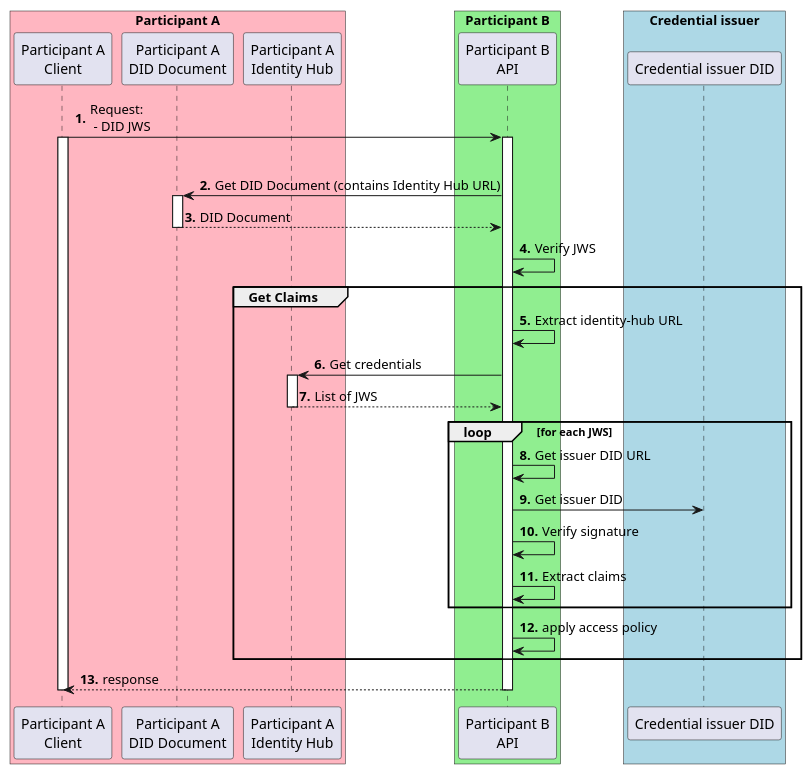
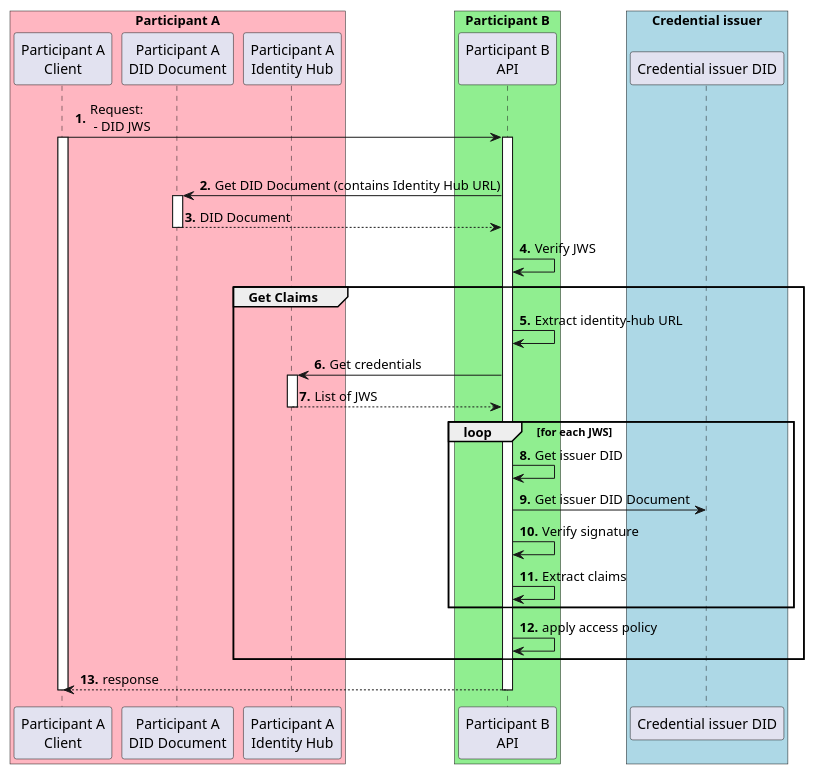
Before and after one commit to agera-edc/IdentityHub: the diagram in docs/developer/decision-records/2022-07-01-get-claims/apply-policies-flow.puml, drawn with PlantUML. The commit also changed 1 other file, not shown here.

```diff
--- a/docs/developer/decision-records/2022-07-01-get-claims/apply-policies-flow.puml
+++ b/docs/developer/decision-records/2022-07-01-get-claims/apply-policies-flow.puml
@@ -1,35 +1,35 @@
 @startuml
 autonumber "<b>0'.'"
 box "Participant A" #LightPink
 Participant "Participant A\nClient" as ParticipantA
 Participant "Participant A\nDID Document" as DID
 Participant "Participant A\nIdentity Hub" as IDHUB
 end box
 box "Participant B" #LightGreen
 Participant "Participant B\nAPI" as B
 end box
 box "Credential issuer" #LightBlue
 Participant "Credential issuer DID" as ISSUER
 end box
 ParticipantA -> B ++: Request:\n - DID JWS
 activate ParticipantA
 group authorize request
   B -> DID ++: Get DID Document (contains Identity Hub URL)
   return DID Document
   B -> B: Verify JWS
   group Get Claims
   B -> B: Extract identity-hub URL
   B -> IDHUB ++: Get credentials
   return List of JWS
   loop for each JWS
-  B -> B: Get issuer DID URL
-  B -> ISSUER: Get issuer DID
+  B -> B: Get issuer DID
+  B -> ISSUER: Get issuer DID Document
   B -> B: Verify signature
   B -> B: Extract claims
   end
   B -> B: apply access policy
 end
 return response
 deactivate ParticipantA
 
 @enduml
```
